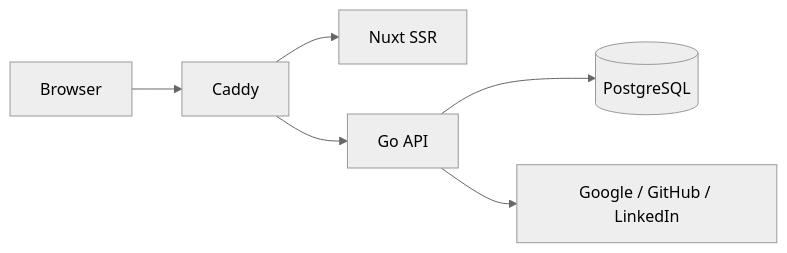
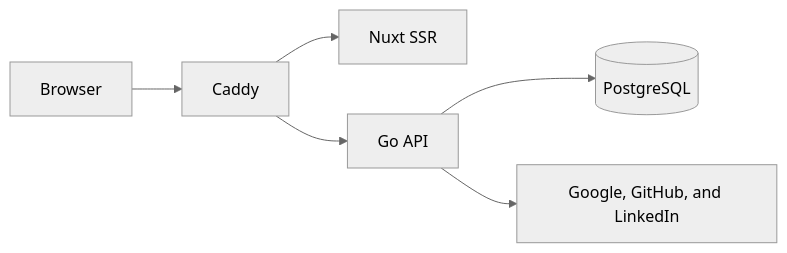
One commit to dannyota/aboutme changed the diagram in docs/architecture.md. Above: the diagram before and after it, drawn with Mermaid (neutral theme). The commit also changed other lines of this file and 282 other files, not shown here.

````diff
--- a/docs/architecture.md
+++ b/docs/architecture.md
@@ -34,8 +9,8 @@
 ```mermaid
 graph LR
     B[Browser] --> C[Caddy]
-    C --> N[Nuxt SSR]
+    C --> W[Nuxt SSR]
     C --> G[Go API]
     G --> P[(PostgreSQL)]
-    G --> O[Google / GitHub / LinkedIn]
+    G --> O[Google, GitHub, and LinkedIn]
 ```
````
